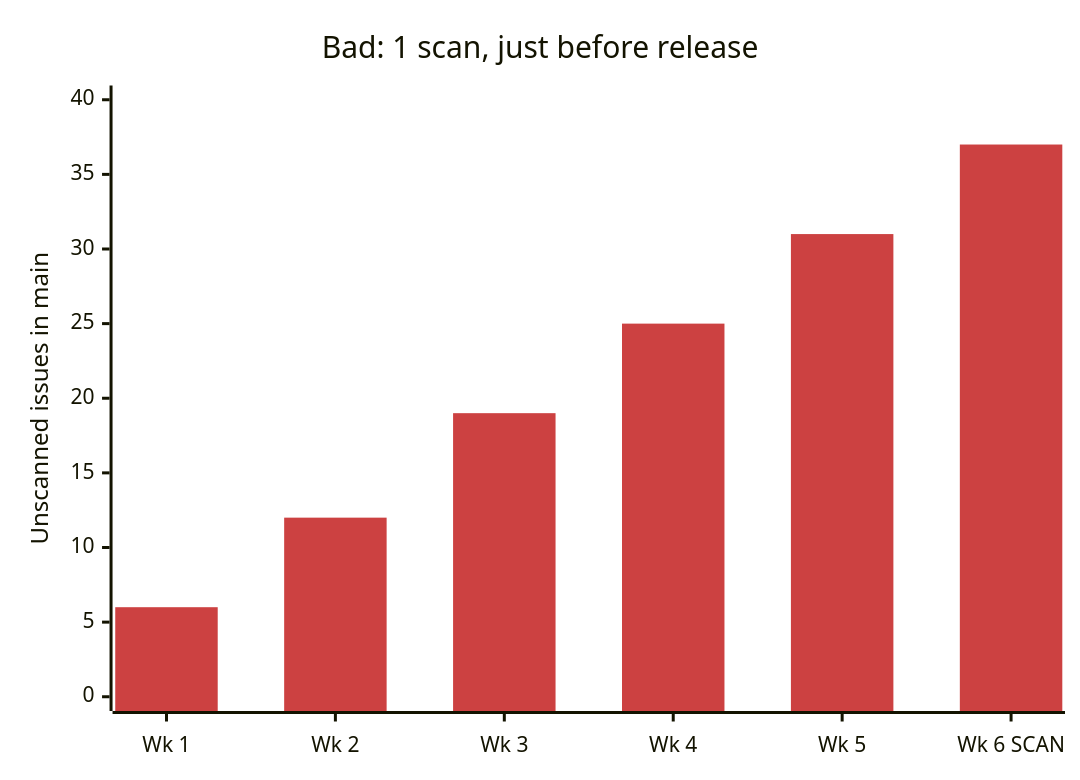
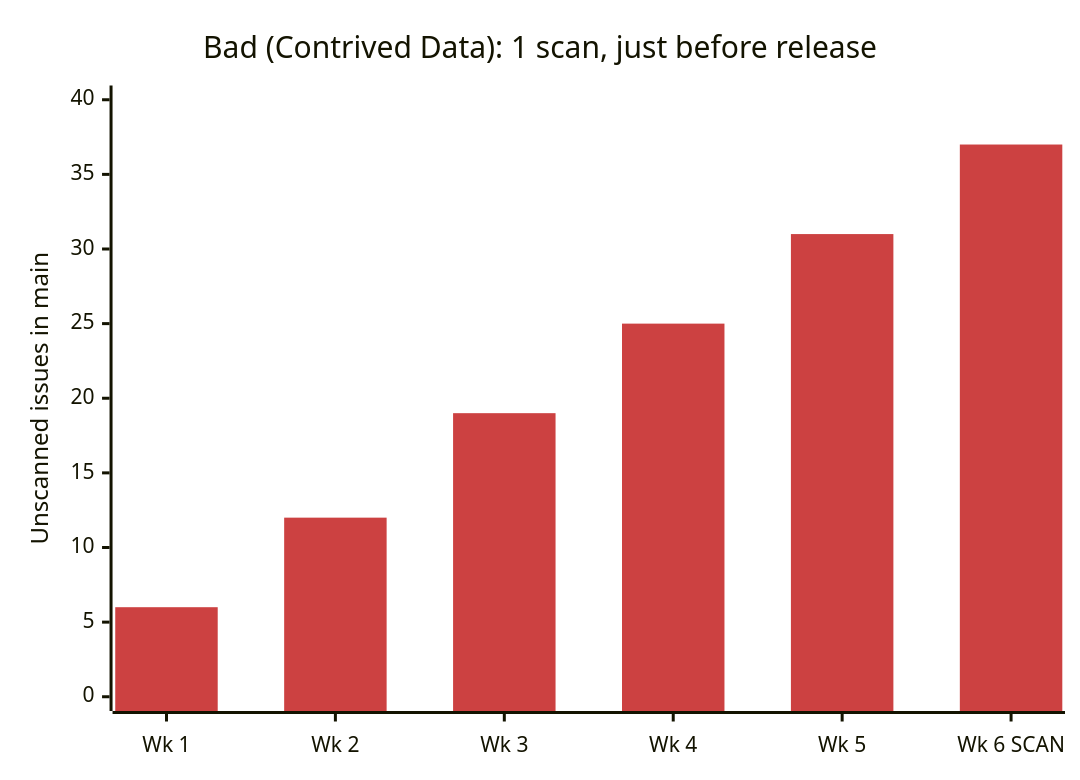
One commit to SSWConsulting/SSW.Rules.Content changed the first of 2 diagrams in public/uploads/rules/ai-security-scans/rule.mdx. Above: the diagram before and after it, drawn with Mermaid. The commit also changed other lines of this file, not shown here.

````diff
--- a/public/uploads/rules/ai-security-scans/rule.mdx
+++ b/public/uploads/rules/ai-security-scans/rule.mdx
@@ -58,13 +63,13 @@
 ```mermaid
 ---
 config:
   themeVariables:
     xyChart:
       plotColorPalette: "#cc4141"
 ---
 xychart-beta
-  title "Bad: 1 scan, just before release"
+  title "Bad (Contrived Data): 1 scan, just before release"
   x-axis ["Wk 1", "Wk 2", "Wk 3", "Wk 4", "Wk 5", "Wk 6 SCAN"]
   y-axis "Unscanned issues in main" 0 --> 40
   bar [6, 12, 19, 25, 31, 37]
 ```
````
